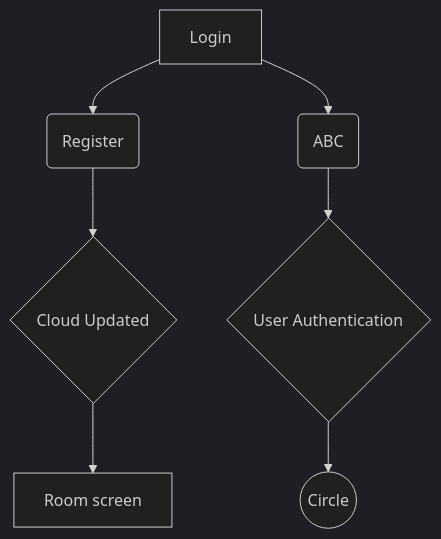
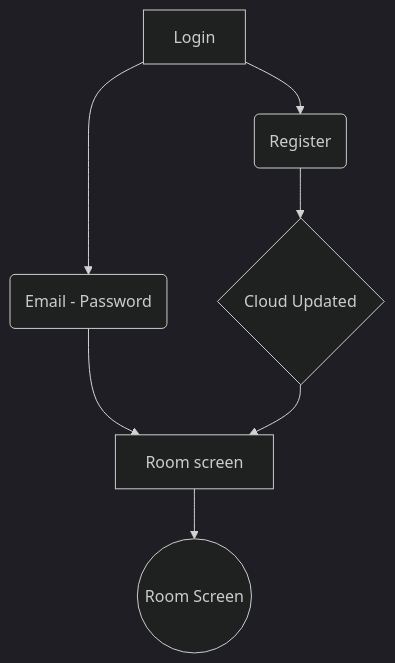
Before and after one commit to nsweatlas/mahallahfriendfinder: the diagram in README.md, drawn with Mermaid (dark theme). The commit also changed other lines of this file, not shown here.

````diff
--- a/README.md
+++ b/README.md
@@ -34,9 +34,9 @@
 ```mermaid
 graph
 A[Login] --> B(Register)
-A --> C(ABC)
+A --> C(Email - Password)
 C --> D{User Authentication}
-D --> E((Circle))
+D --> E((Room Screen))
 B --> F{Cloud Updated}
-F --> G[Room screen]
+F --> D[Room screen]
 ```
````
